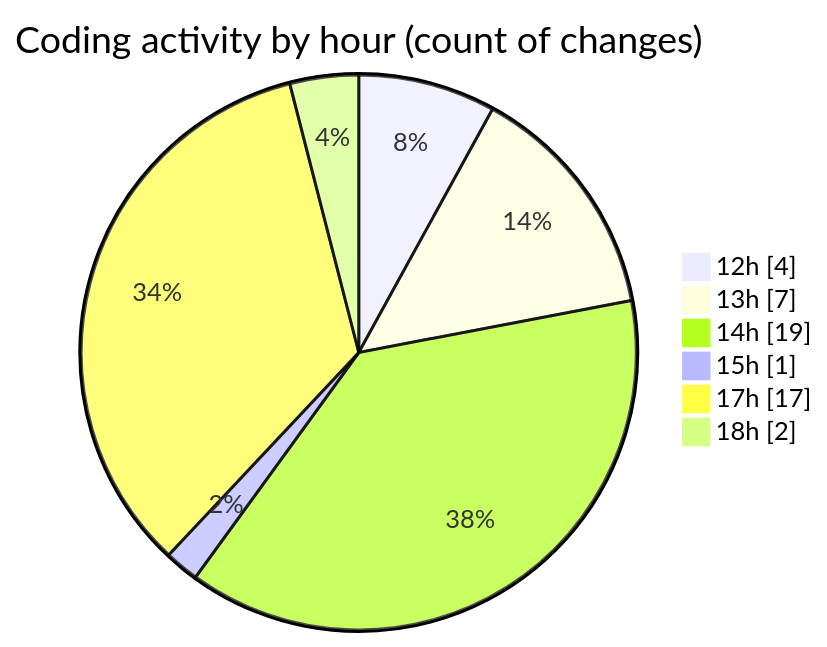
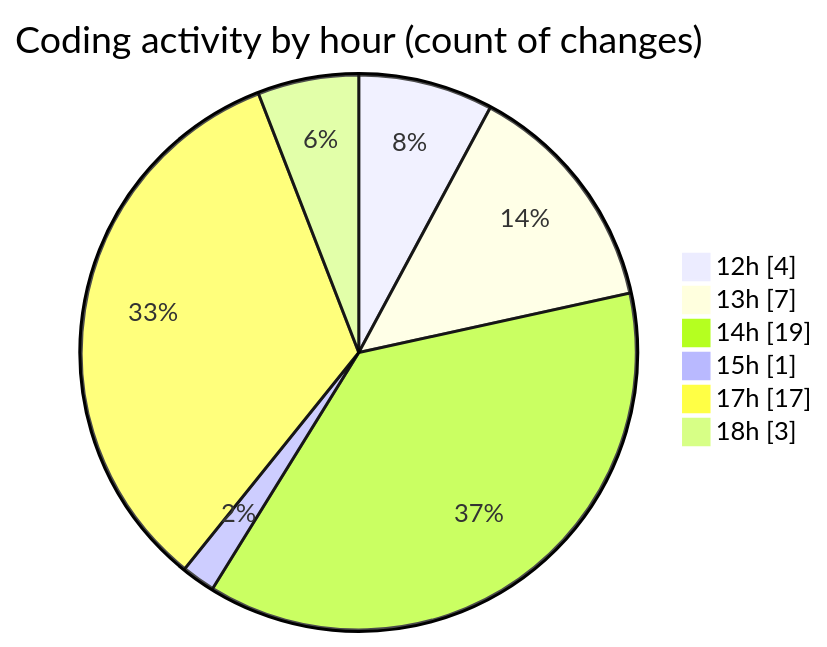
Before and after one commit to MatusMokan/code-tracking: the second of 2 diagrams in 2025-10-25/untitled__workspace_/README.md, drawn with Mermaid. The commit also changed other lines of this file and 1 other file, not shown here.

````diff
--- a/2025-10-25/untitled__workspace_/README.md
+++ b/2025-10-25/untitled__workspace_/README.md
@@ -30,10 +30,10 @@
 ```mermaid
 pie showData
 title Coding activity by hour (count of changes)
 "12h" : 4
 "13h" : 7
 "14h" : 19
 "15h" : 1
 "17h" : 17
-"18h" : 2
+"18h" : 3
 ```
````
